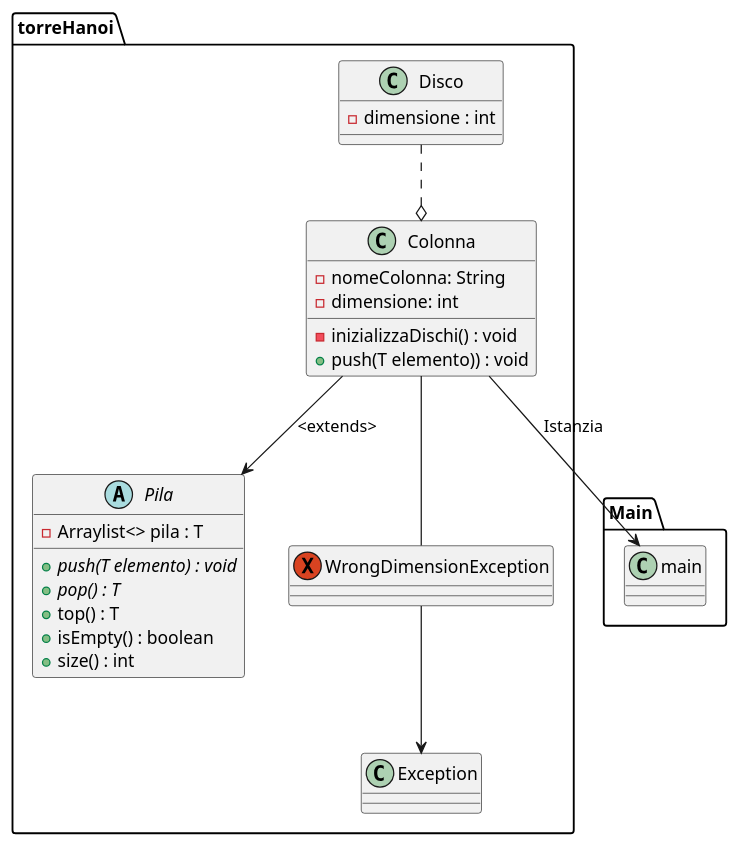
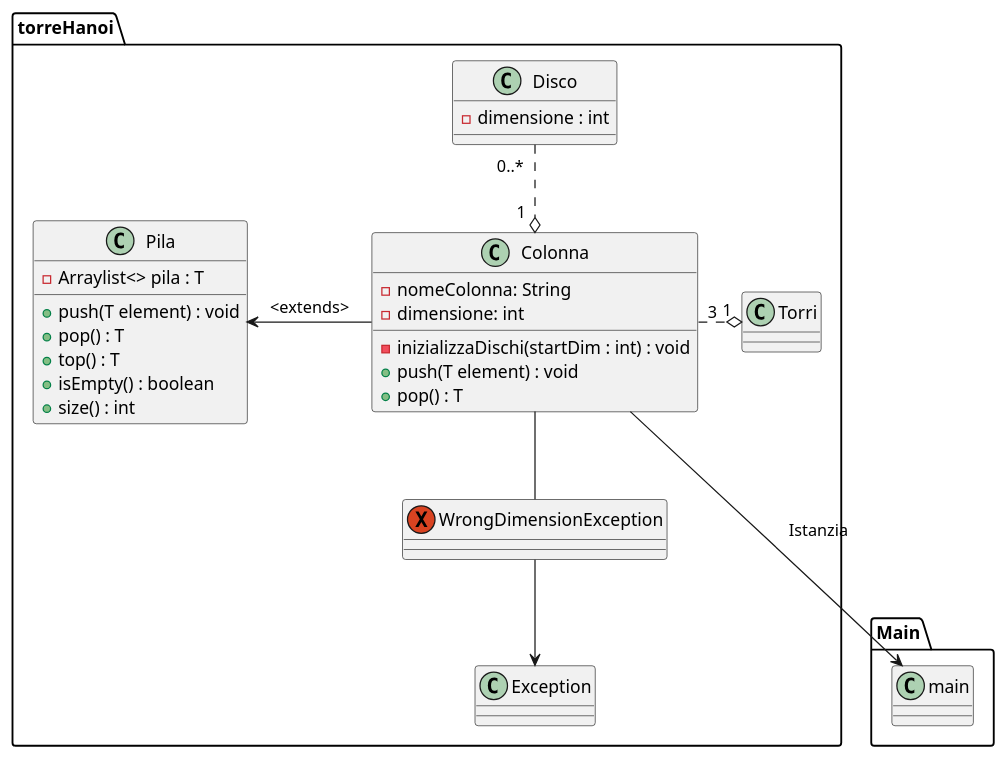
One commit to Mazzo-007/TPSI-INFO changed the diagram in TorreHanoi/src/progettazione/CD.puml. Above: the diagram before and after it, drawn with PlantUML. The commit also changed 18 other files, not shown here.

Commit message:
TorreHanoi_v2.0.0

```diff
--- a/TorreHanoi/src/progettazione/CD.puml
+++ b/TorreHanoi/src/progettazione/CD.puml
@@ -1,43 +1,50 @@
 @startuml
-package torreHanoi{
+package torreHanoi {
 
-    abstract class Pila{
+    class Pila {
         - Arraylist<> pila : T
-        + {abstract}push(T elemento) : void
-        + {abstract}pop() : T
+        + push(T element) : void
+        + pop() : T
         + top() : T
         + isEmpty() : boolean
         + size() : int
     }
 
-    class Colonna{
+    class Colonna {
         - nomeColonna: String
         - dimensione: int
-        - inizializzaDischi() : void
-        + push(T elemento)) : void
+        - inizializzaDischi(startDim : int) : void
+        + push(T element) : void
+        + pop() : T
     }
-    class Disco{
+    class Disco {
         - dimensione : int
     }
 
     Exception WrongDimensionException {
 
     }
 
-    Class Exception{
+    Class Exception {
+    }
+
+    Class Torri {
+
     }
 }
 
-package Main{
-    class main{
+package Main {
+    class main {
     }
 }
 
-Colonna --> main : Istanzia
+Colonna ---> main : Istanzia
 
 WrongDimensionException --> Exception
 Colonna -- WrongDimensionException
 
-Colonna --> Pila : <extends>
-Disco ..o Colonna
+Colonna -left-> Pila : <extends>
+Disco "0..*  " ..o "1  " Colonna
+
+Colonna "3" .right.o "1" Torri
 @enduml
```
